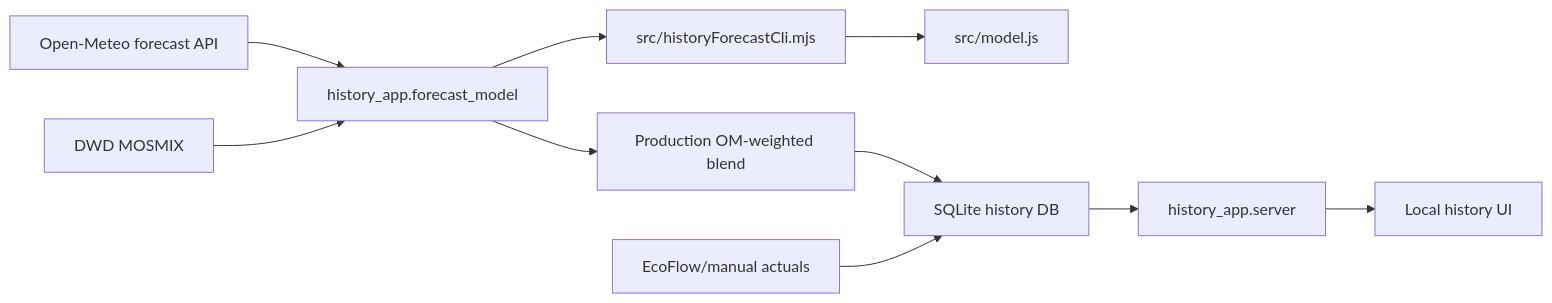
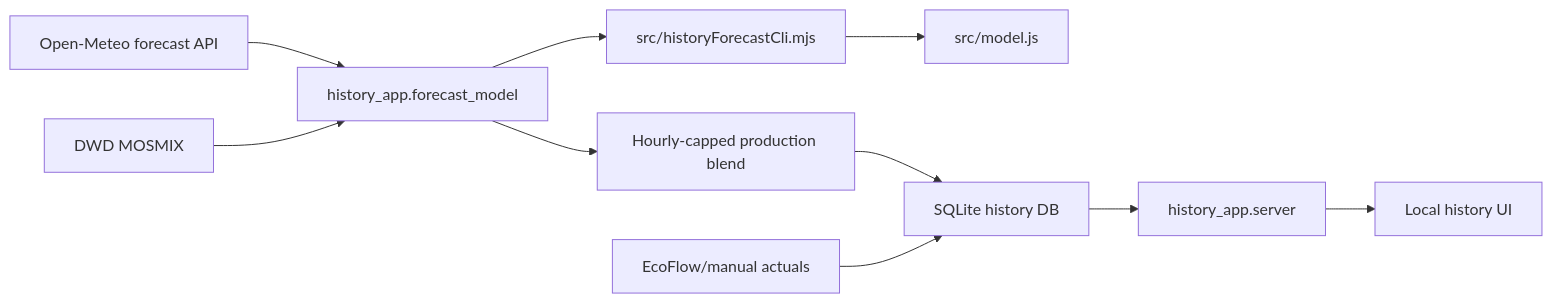
One commit to quantbj/SolarGen changed the second of 2 diagrams in docs/solution-architecture.md. Above: the diagram before and after it, drawn with Mermaid. The commit also changed other lines of this file and 42 other files, not shown here.

````diff
--- a/docs/solution-architecture.md
+++ b/docs/solution-architecture.md
@@ -57,12 +57,12 @@
 ```mermaid
 flowchart LR
   A["Open-Meteo forecast API"] --> B["history_app.forecast_model"]
   C["DWD MOSMIX"] --> B
   B --> D["src/historyForecastCli.mjs"]
   D --> E["src/model.js"]
-  B --> F["Production OM-weighted blend"]
+  B --> F["Hourly-capped production blend"]
   F --> G["SQLite history DB"]
   H["EcoFlow/manual actuals"] --> G
   G --> I["history_app.server"]
   I --> J["Local history UI"]
 ```
````
